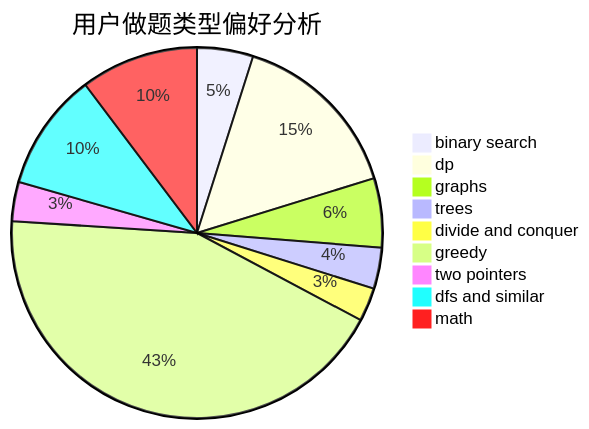
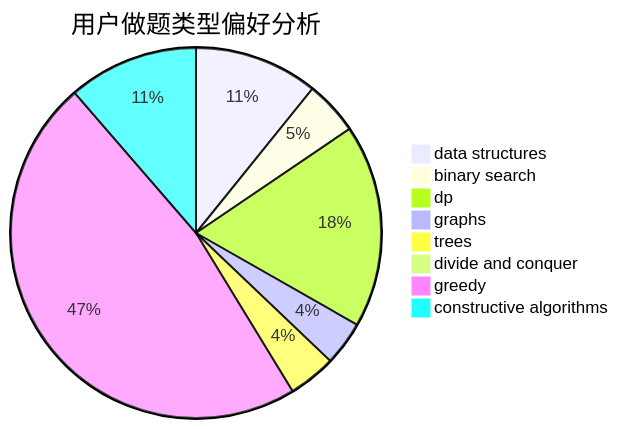
The second of 3 diagrams in docs/user/u239.md (sherpahu/cfrs.github.io), drawn with Mermaid before and after one commit. The commit also changed other lines of this file and 2775 other files, not shown here.

````diff
--- a/docs/user/u239.md
+++ b/docs/user/u239.md
@@ -23,12 +23,11 @@
 ```mermaid
 pie title 用户做题类型偏好分析
-    "binary search" :  30
-    "dp" :  94
-    "graphs" :  37
-    "trees" :  22
-    "divide and conquer" :  18
-    "greedy" :  265
-    "two pointers" :  21
-    "dfs and similar" :  63
-    "math" :  63
+    "data structures" :  39
+    "binary search" :  17
+    "dp" :  64
+    "graphs" :  14
+    "trees" :  15
+    "divide and conquer" :  0
+    "greedy" :  171
+    "constructive algorithms" :  41
 ```
````
